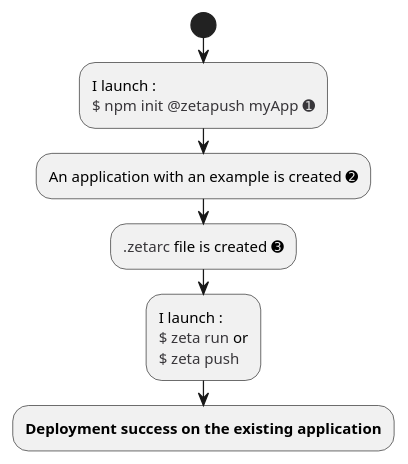
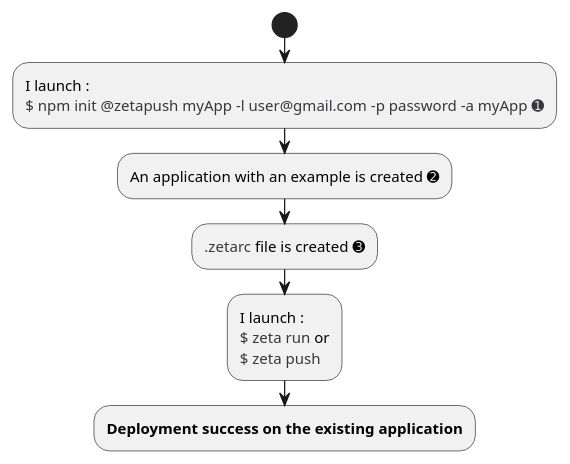
Before and after one commit to zetapush/documentation: the diagram in src/docs/asciidoc/common/diagrams/workflow-init-with-account-and-app.adoc, drawn with PlantUML. The commit also changed other lines of this file and 44 other files, not shown here.

```diff
--- a/src/docs/asciidoc/common/diagrams/workflow-init-with-account-and-app.adoc
+++ b/src/docs/asciidoc/common/diagrams/workflow-init-with-account-and-app.adoc
@@ -4,17 +4,17 @@
-[plantuml, init-with-account-and-app, png]     
+[plantuml, init-with-account-and-app, png, role="center"]     
 ....
 start
 
 :I launch :
-<color:#38363a>$ npm init @zetapush myApp ➊;
+<color:#38363a>$ npm init @zetapush myApp -l user@gmail.com -p password -a myApp ➊;
 
 :An application with an example is created ➋;
 
 :<color:#38363a>.zetarc</color> file is created ➌;
 
 :I launch :
 <color:#38363a>$ zeta run</color> or
 <color:#38363a>$ zeta push;
 
 :<b>Deployment success on the existing application;
 ....
```
